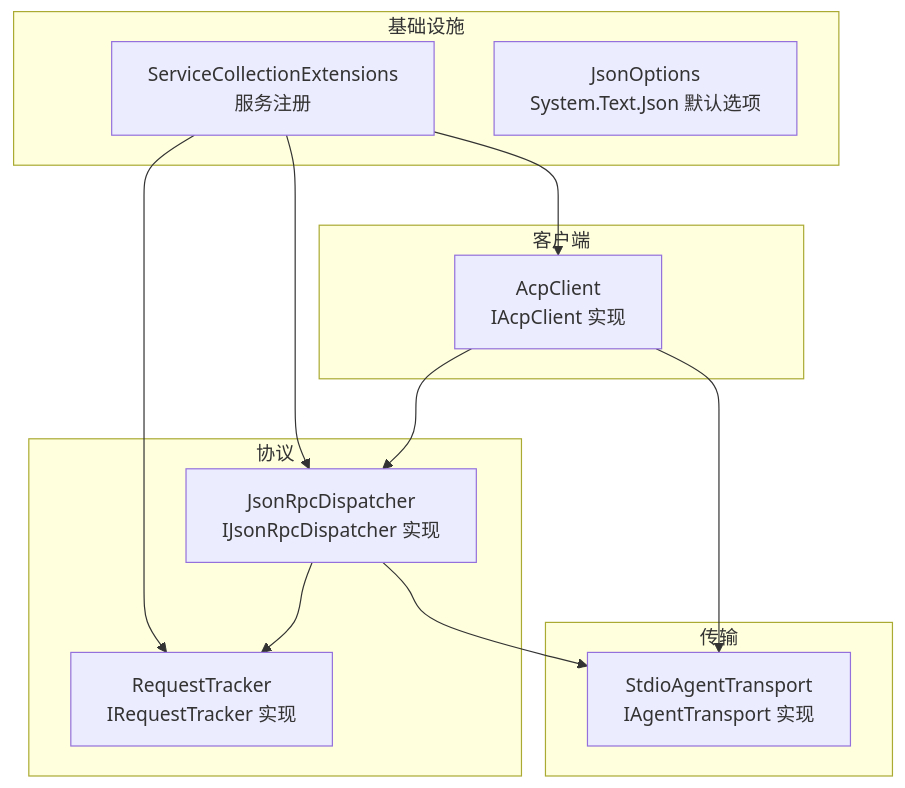
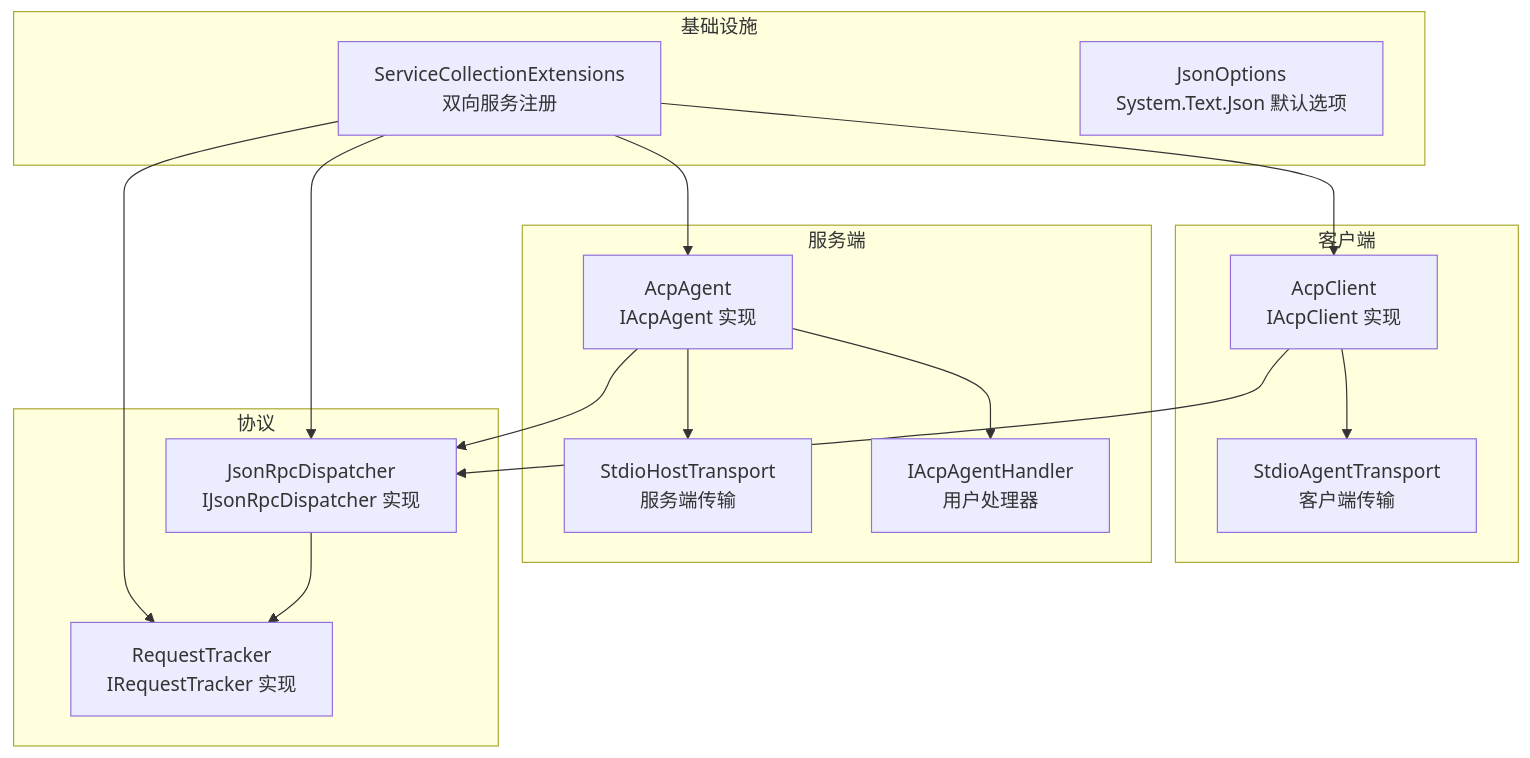
One commit to AgenticDesktop/ACPLibrary changed the first of 3 diagrams in .qoder/repowiki/zh/content/基础设施配置.md. Above: the diagram before and after it, drawn with Mermaid. The commit also changed other lines of this file and 33 other files, not shown here.

````diff
--- a/.qoder/repowiki/zh/content/基础设施配置.md
+++ b/.qoder/repowiki/zh/content/基础设施配置.md
@@ -53,24 +61,30 @@
 ```mermaid
 graph TB
 subgraph "基础设施"
-A["ServiceCollectionExtensions<br/>服务注册"]
+A["ServiceCollectionExtensions<br/>双向服务注册"]
 B["JsonOptions<br/>System.Text.Json 默认选项"]
 end
 subgraph "客户端"
 C["AcpClient<br/>IAcpClient 实现"]
+T1["StdioAgentTransport<br/>客户端传输"]
+end
+subgraph "服务端"
+D["AcpAgent<br/>IAcpAgent 实现"]
+T2["StdioHostTransport<br/>服务端传输"]
+H["IAcpAgentHandler<br/>用户处理器"]
 end
 subgraph "协议"
-D["JsonRpcDispatcher<br/>IJsonRpcDispatcher 实现"]
-E["RequestTracker<br/>IRequestTracker 实现"]
-end
-subgraph "传输"
-F["StdioAgentTransport<br/>IAgentTransport 实现"]
+E["JsonRpcDispatcher<br/>IJsonRpcDispatcher 实现"]
+F["RequestTracker<br/>IRequestTracker 实现"]
 end
 A --> C
 A --> D
 A --> E
-C --> D
-C --> F
+A --> F
+C --> E
+C --> T1
 D --> E
-D --> F
+D --> T2
+D --> H
+E --> F
 ```
````
